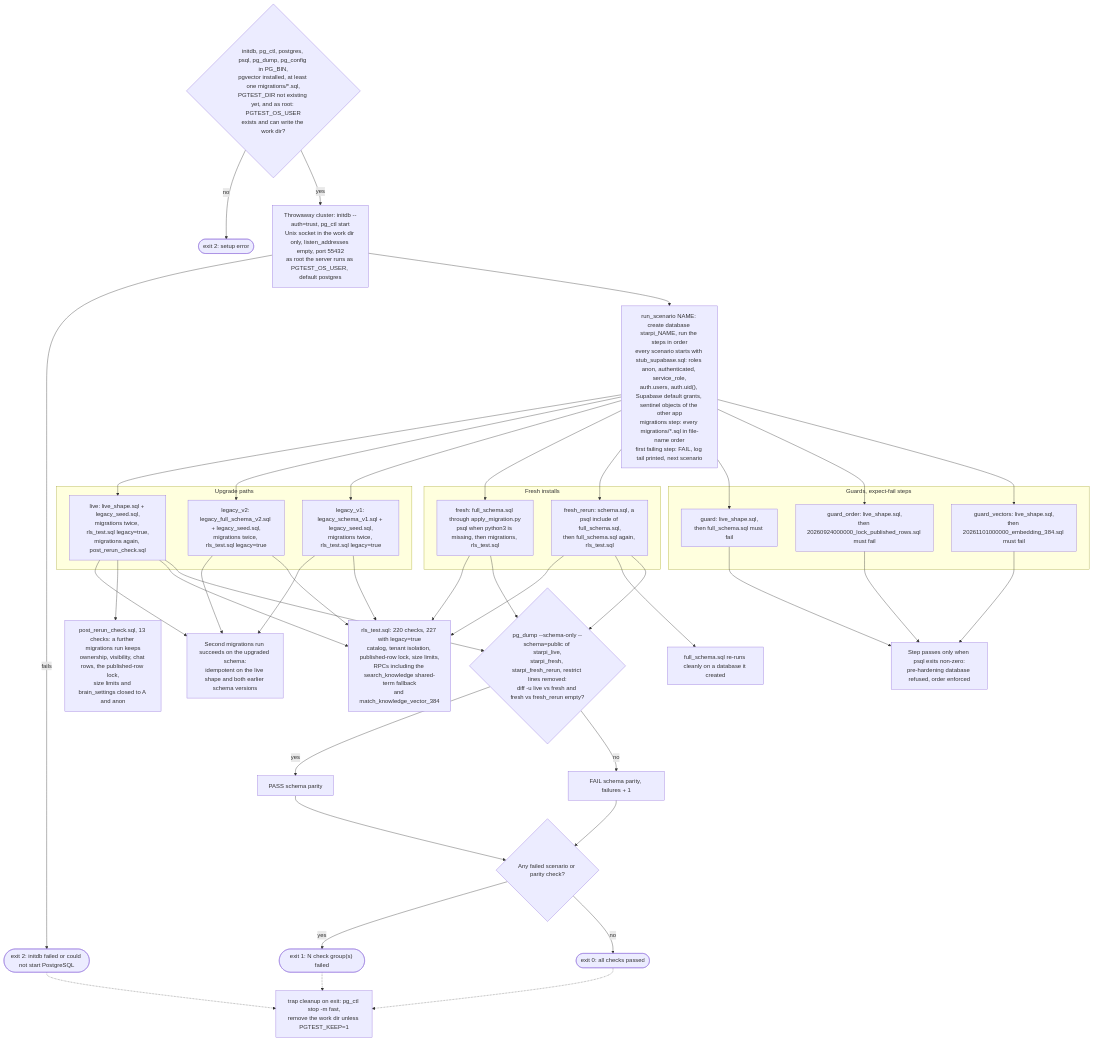
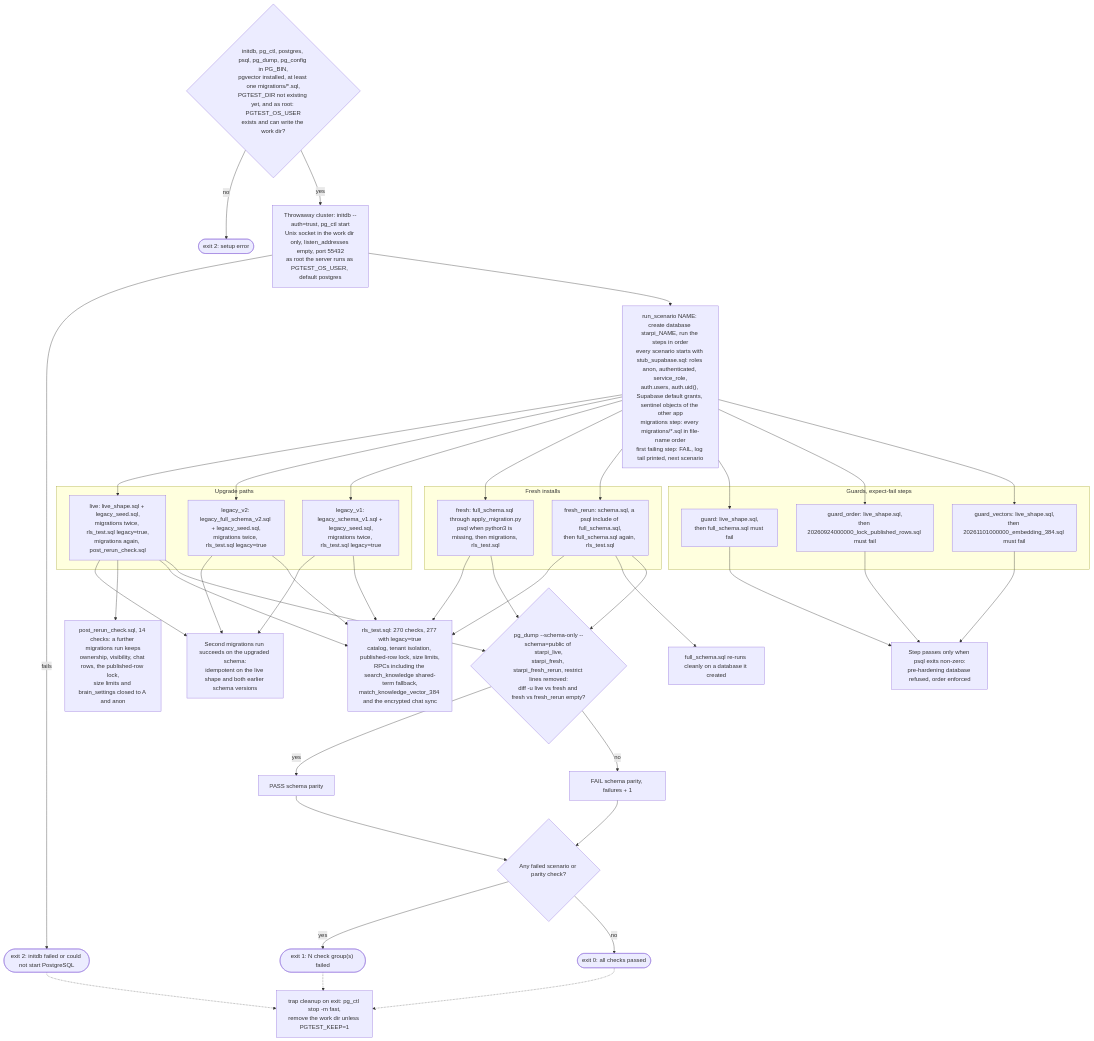
One commit to umutcantezgel-cpu/Starpi changed the sixth of 6 diagrams in backend/supabase/README.md. Above: the diagram before and after it, drawn with Mermaid. The commit also changed other lines of this file and 2 other files, not shown here.

First line of the commit message:
docs(atlas): Supabase in 3.0: the encrypted chat sync, its tables and policies, and the two optional migrations

````diff
--- a/backend/supabase/README.md
+++ b/backend/supabase/README.md
@@ -577,71 +616,71 @@
 ```mermaid
 flowchart TD
     setup{"initdb, pg_ctl, postgres, psql, pg_dump, pg_config in PG_BIN,<br/>pgvector installed, at least one migrations/*.sql,<br/>PGTEST_DIR not existing yet, and as root: PGTEST_OS_USER<br/>exists and can write the work dir?"}
     setupErr(["exit 2: setup error"])
     cluster["Throwaway cluster: initdb --auth=trust, pg_ctl start<br/>Unix socket in the work dir only, listen_addresses empty, port 55432<br/>as root the server runs as PGTEST_OS_USER, default postgres"]
     setup -->|"no"| setupErr
     setup -->|"yes"| cluster
     clusterErr(["exit 2: initdb failed or could not start PostgreSQL"])
     cluster -->|"fails"| clusterErr
     scen["run_scenario NAME: create database starpi_NAME, run the steps in order<br/>every scenario starts with stub_supabase.sql: roles anon, authenticated, service_role,<br/>auth.users, auth.uid(), Supabase default grants, sentinel objects of the other app<br/>migrations step: every migrations/*.sql in file-name order<br/>first failing step: FAIL, log tail printed, next scenario"]
     cluster --> scen
 
     subgraph sg_upgrade["Upgrade paths"]
         live["live: live_shape.sql + legacy_seed.sql,<br/>migrations twice, rls_test.sql legacy=true,<br/>migrations again, post_rerun_check.sql"]
         v2["legacy_v2: legacy_full_schema_v2.sql + legacy_seed.sql,<br/>migrations twice, rls_test.sql legacy=true"]
         v1["legacy_v1: legacy_schema_v1.sql + legacy_seed.sql,<br/>migrations twice, rls_test.sql legacy=true"]
     end
     subgraph sg_fresh["Fresh installs"]
         fresh["fresh: full_schema.sql through apply_migration.py<br/>psql when python3 is missing, then migrations, rls_test.sql"]
         rerunS["fresh_rerun: schema.sql, a psql include of full_schema.sql,<br/>then full_schema.sql again, rls_test.sql"]
     end
     subgraph sg_guard["Guards, expect-fail steps"]
         guard["guard: live_shape.sql,<br/>then full_schema.sql must fail"]
         guardOrder["guard_order: live_shape.sql,<br/>then 20260924000000_lock_published_rows.sql must fail"]
         guardVectors["guard_vectors: live_shape.sql,<br/>then 20261101000000_embedding_384.sql must fail"]
     end
     scen --> live
     scen --> v2
     scen --> v1
     scen --> fresh
     scen --> rerunS
     scen --> guard
     scen --> guardOrder
     scen --> guardVectors
 
     aIdem["Second migrations run succeeds on the upgraded schema:<br/>idempotent on the live shape and both earlier schema versions"]
-    aRls["rls_test.sql: 220 checks, 227 with legacy=true<br/>catalog, tenant isolation, published-row lock, size limits,<br/>RPCs including the search_knowledge shared-term fallback<br/>and match_knowledge_vector_384"]
-    aPost["post_rerun_check.sql, 13 checks: a further migrations run keeps<br/>ownership, visibility, chat rows, the published-row lock,<br/>size limits and brain_settings closed to A and anon"]
+    aRls["rls_test.sql: 270 checks, 277 with legacy=true<br/>catalog, tenant isolation, published-row lock, size limits,<br/>RPCs including the search_knowledge shared-term fallback,<br/>match_knowledge_vector_384 and the encrypted chat sync"]
+    aPost["post_rerun_check.sql, 14 checks: a further migrations run keeps<br/>ownership, visibility, chat rows, the published-row lock,<br/>size limits and brain_settings closed to A and anon"]
     aGuard["Step passes only when psql exits non-zero:<br/>pre-hardening database refused, order enforced"]
     aFreshRerun["full_schema.sql re-runs cleanly on a database it created"]
     live --> aIdem
     v2 --> aIdem
     v1 --> aIdem
     live --> aPost
     live --> aRls
     v2 --> aRls
     v1 --> aRls
     fresh --> aRls
     rerunS --> aRls
     rerunS --> aFreshRerun
     guard --> aGuard
     guardOrder --> aGuard
     guardVectors --> aGuard
 
     parity{"pg_dump --schema-only --schema=public of starpi_live,<br/>starpi_fresh, starpi_fresh_rerun, restrict lines removed:<br/>diff -u live vs fresh and fresh vs fresh_rerun empty?"}
     live --> parity
     fresh --> parity
     rerunS --> parity
     parity -->|"yes"| parityOk["PASS schema parity"]
     parity -->|"no"| parityFail["FAIL schema parity, failures + 1"]
 
     result{"Any failed scenario or parity check?"}
     parityOk --> result
     parityFail --> result
     result -->|"yes"| exit1(["exit 1: N check group(s) failed"])
     result -->|"no"| exit0(["exit 0: all checks passed"])
     cleanup["trap cleanup on exit: pg_ctl stop -m fast,<br/>remove the work dir unless PGTEST_KEEP=1"]
     exit1 -.-> cleanup
     exit0 -.-> cleanup
     clusterErr -.-> cleanup
 ```
````
